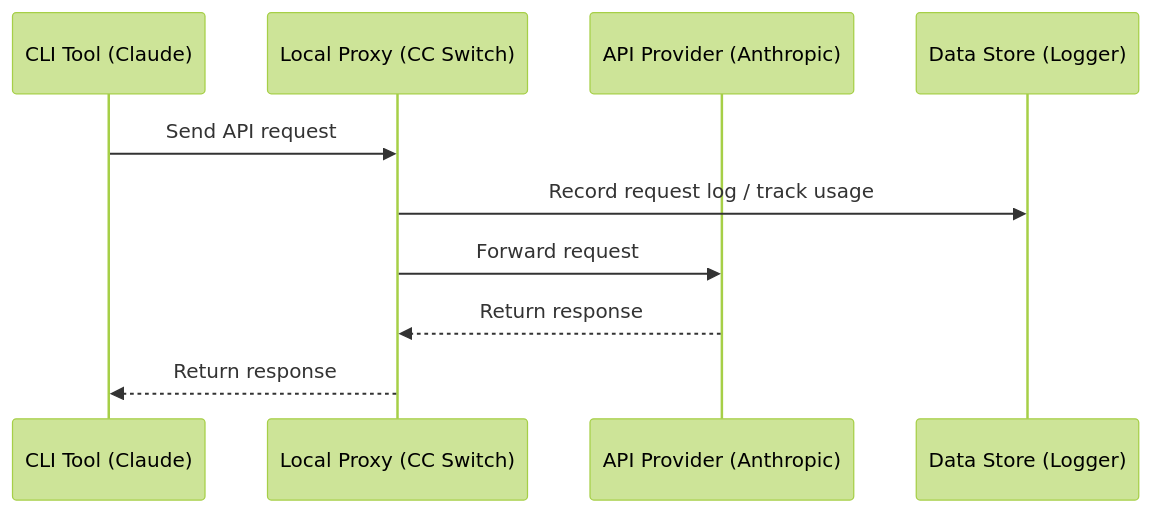
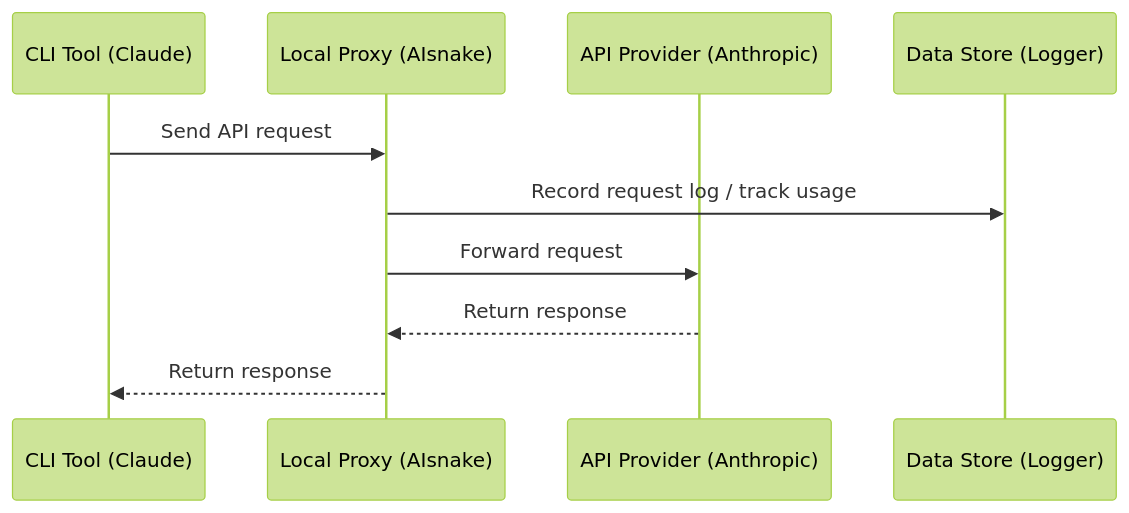
The diagram in docs/user-manual/en/4-proxy/4.1-service.md (mldgfxm/Ai-Tool), drawn with Mermaid (forest theme) before and after one commit. The commit also changed other lines of this file and 247 other files, not shown here.

First line of the commit message:
chore: rename project from CC Switch to AISnake

````diff
--- a/docs/user-manual/en/4-proxy/4.1-service.md
+++ b/docs/user-manual/en/4-proxy/4.1-service.md
@@ -116,13 +116,13 @@
 ```mermaid
 sequenceDiagram
     participant CLI as CLI Tool (Claude)
-    participant Proxy as Local Proxy (CC Switch)
+    participant Proxy as Local Proxy (AIsnake)
     participant API as API Provider (Anthropic)
     participant DB as Data Store (Logger)
 
     CLI->>Proxy: Send API request
     Proxy->>DB: Record request log / track usage
     Proxy->>API: Forward request
     API-->>Proxy: Return response
     Proxy-->>CLI: Return response
 ```
````
